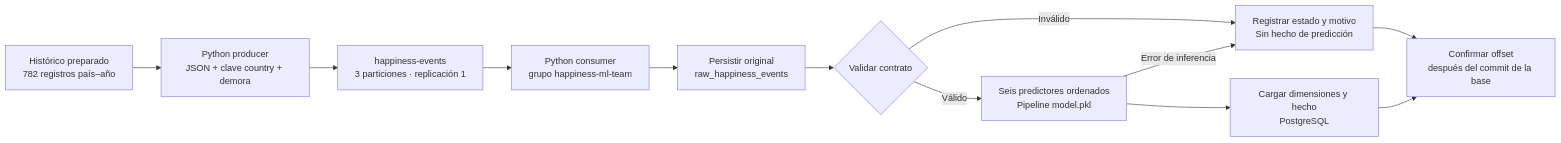
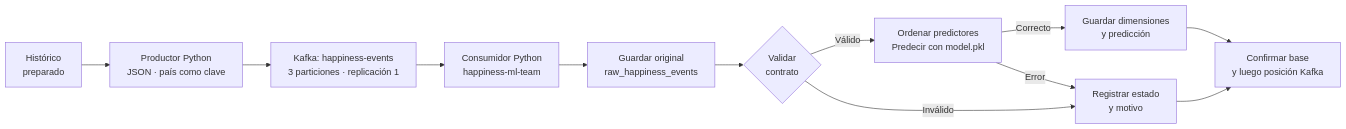
The first of 2 diagrams in README.md (valedeveloper/happiness-predictive), drawn with Mermaid before and after one commit. The commit also changed other lines of this file and 7 other files, not shown here.

````diff
--- a/README.md
+++ b/README.md
@@ -347,14 +296,14 @@
 ```mermaid
 flowchart LR
-    CSV["Histórico preparado<br/>782 registros país–año"] --> P["Python producer<br/>JSON + clave country + demora"]
-    P --> K["happiness-events<br/>3 particiones · replicación 1"]
-    K --> C["Python consumer<br/>grupo happiness-ml-team"]
-    C --> R["Persistir original<br/>raw_happiness_events"]
-    R --> V{"Validar contrato"}
-    V -->|Inválido| X["Registrar estado y motivo<br/>Sin hecho de predicción"]
-    V -->|Válido| M["Seis predictores ordenados<br/>Pipeline model.pkl"]
-    M --> F["Cargar dimensiones y hecho<br/>PostgreSQL"]
-    M -->|Error de inferencia| X
-    X --> O["Confirmar offset<br/>después del commit de la base"]
-    F --> O
+    A["Histórico<br/>preparado"] --> B["Productor Python<br/>JSON · país como clave"]
+    B --> C["Kafka: happiness-events<br/>3 particiones · replicación 1"]
+    C --> D["Consumidor Python<br/>happiness-ml-team"]
+    D --> E["Guardar original<br/>raw_happiness_events"]
+    E --> F{"Validar<br/>contrato"}
+    F -->|Válido| G["Ordenar predictores<br/>Predecir con model.pkl"]
+    G -->|Correcto| H["Guardar dimensiones<br/>y predicción"]
+    F -->|Inválido| I["Registrar estado<br/>y motivo"]
+    G -->|Error| I
+    H --> J["Confirmar base<br/>y luego posición Kafka"]
+    I --> J
 ```
````
